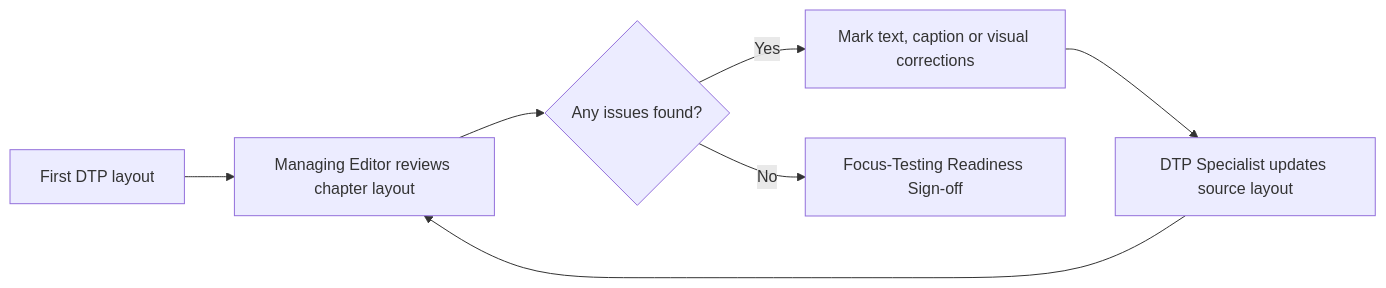
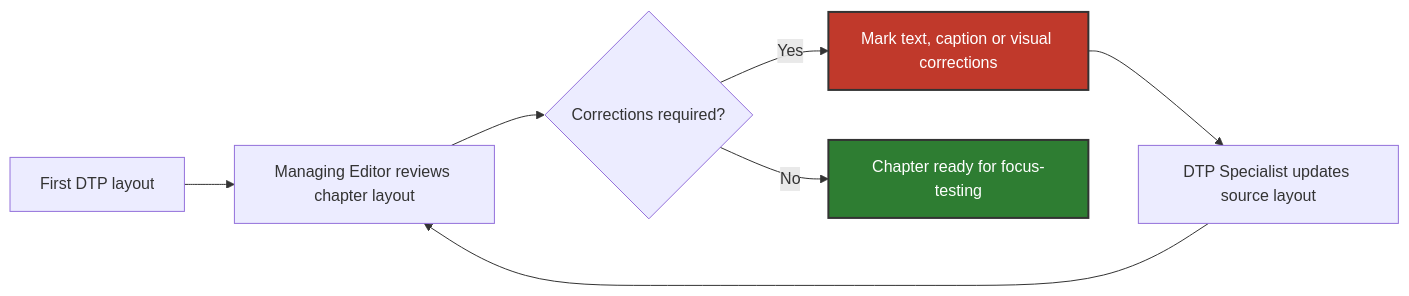
Before and after one commit to kamilaworonicz-ba/digital-editorial-workflow: the diagram in docs/01_problem_and_scenario.md, drawn with Mermaid. The commit also changed other lines of this file, not shown here.

````diff
--- a/docs/01_problem_and_scenario.md
+++ b/docs/01_problem_and_scenario.md
@@ -34,9 +26,12 @@
 ```mermaid
 flowchart LR
-    A[First DTP layout] --> B[Managing Editor reviews chapter layout]
-    B --> C{Any issues found?}
-    C -- Yes --> D[Mark text, caption or visual corrections]
-    D --> E[DTP Specialist updates source layout]
+    A["First DTP layout"] --> B["Managing Editor reviews chapter layout"]
+    B --> C{"Corrections required?"}
+    C -- Yes --> D["Mark text, caption or visual corrections"]
+    D --> E["DTP Specialist updates source layout"]
     E --> B
-    C -- No --> F[Focus-Testing Readiness Sign-off]
+    C -- No --> F["Chapter ready for focus-testing"]
+
+    style D fill:#c0392b,stroke:#333,stroke-width:2px,color:#fff
+    style F fill:#2e7d32,stroke:#333,stroke-width:2px,color:#fff
 ```
````
